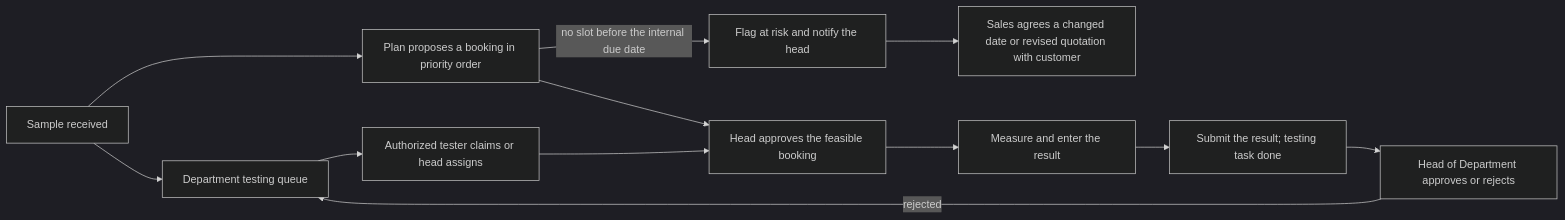
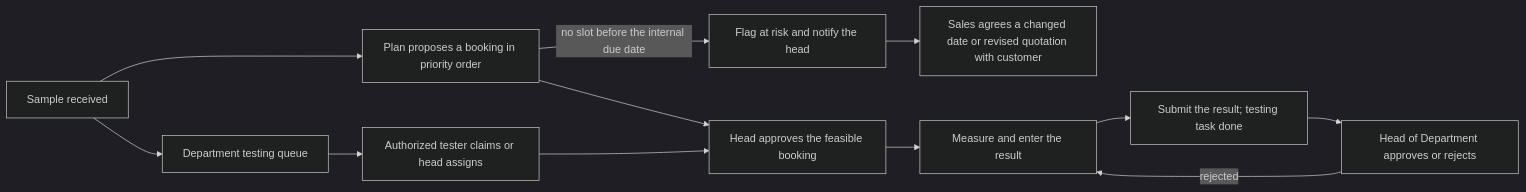
Before and after one commit to SoltuneMontepre/medilab: the sixth of 9 diagrams in docs/functional/laboratory_module/overview.md, drawn with Mermaid (dark theme). The commit also changed other lines of this file and 27 other files, not shown here.

````diff
--- a/docs/functional/laboratory_module/overview.md
+++ b/docs/functional/laboratory_module/overview.md
@@ -233,14 +233,14 @@
 ```mermaid
 flowchart LR
     received[Sample received] --> queue[Department testing queue]
     queue --> assign[Authorized tester claims or head assigns]
     received --> plan[Plan proposes a booking in priority order]
     plan --> accept[Head approves the feasible booking]
     assign --> accept
     plan -->|no slot before the internal due date| risk[Flag at risk and notify the head]
     risk --> sales[Sales agrees a changed date or revised quotation with customer]
     accept --> test[Measure and enter the result]
     test --> submit[Submit the result; testing task done]
     submit --> approve[Head of Department approves or rejects]
-    approve -->|rejected| queue
+    approve -->|rejected| test
 ```
````
